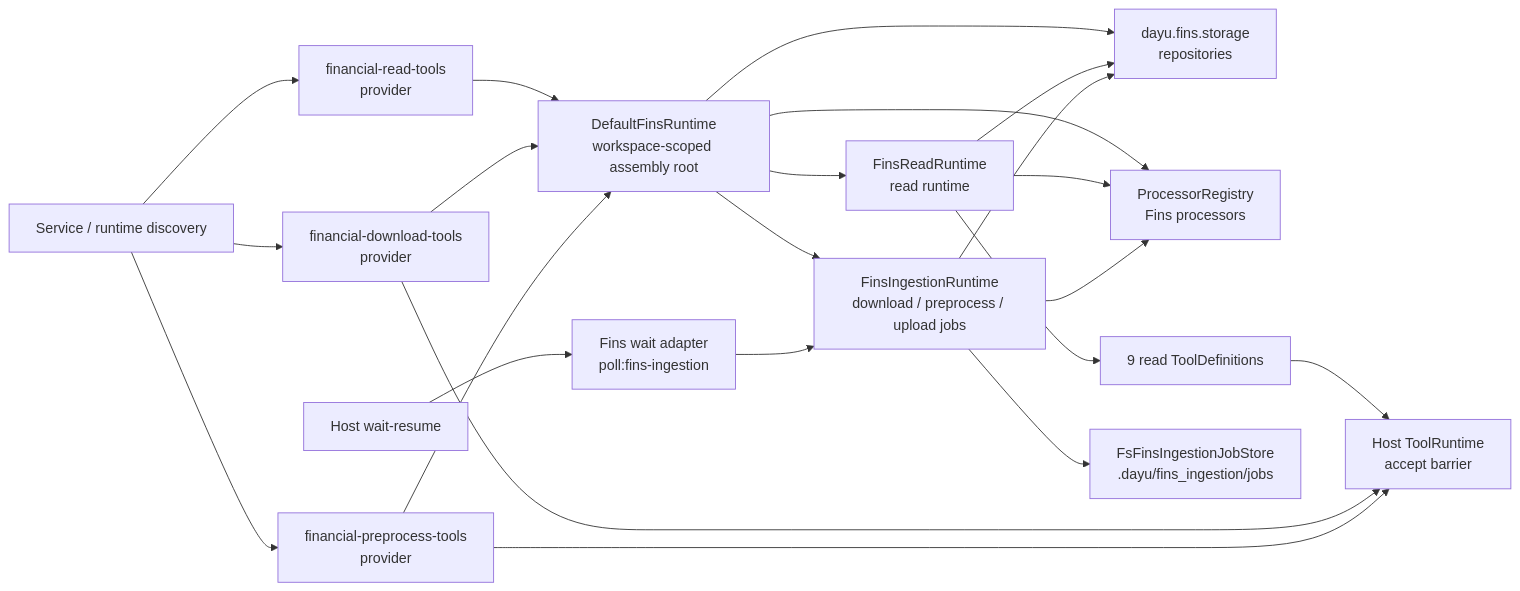
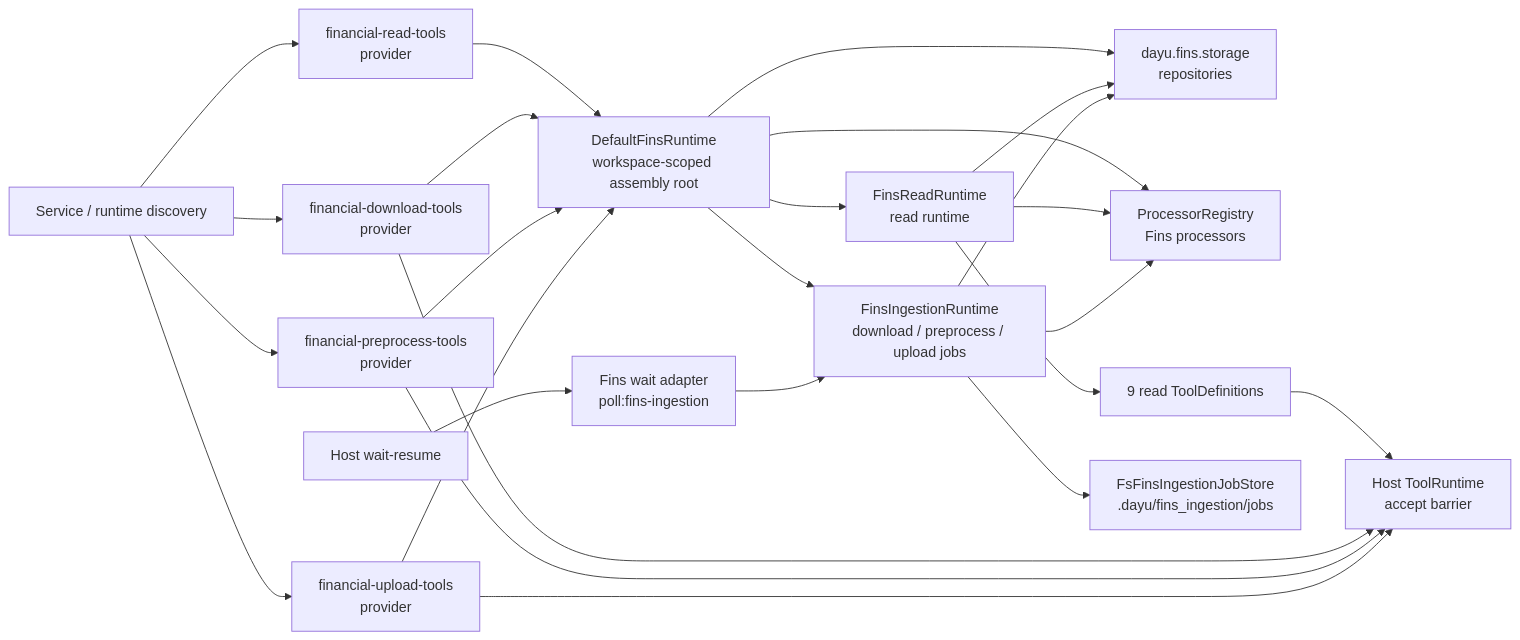
One commit to noho/dayu-agent-r changed the diagram in dayu/fins/README.md. Above: the diagram before and after it, drawn with Mermaid. The commit also changed other lines of this file, not shown here.

Commit message:
docs: align Fins README with upload provider

````diff
--- a/dayu/fins/README.md
+++ b/dayu/fins/README.md
@@ -282,39 +292,43 @@
 ```mermaid
 flowchart LR
     assembly["Service / runtime discovery"]
     read_provider["financial-read-tools\nprovider"]
     download_provider["financial-download-tools\nprovider"]
     preprocess_provider["financial-preprocess-tools\nprovider"]
+    upload_provider["financial-upload-tools\nprovider"]
     runtime["DefaultFinsRuntime\nworkspace-scoped assembly root"]
     storage["dayu.fins.storage\nrepositories"]
     registry["ProcessorRegistry\nFins processors"]
     read_service["FinsReadRuntime\nread runtime"]
     read_tools["9 read ToolDefinitions"]
     ingestion["FinsIngestionRuntime\ndownload / preprocess / upload jobs"]
     job_store["FsFinsIngestionJobStore\n.dayu/fins_ingestion/jobs"]
     wait_adapter["Fins wait adapter\npoll:fins-ingestion"]
     host_tool_runtime["Host ToolRuntime\naccept barrier"]
     host_wait["Host wait-resume"]
 
     assembly --> read_provider
     assembly --> download_provider
     assembly --> preprocess_provider
+    assembly --> upload_provider
     read_provider --> runtime
     download_provider --> runtime
     preprocess_provider --> runtime
+    upload_provider --> runtime
     runtime --> storage
     runtime --> registry
     runtime --> read_service
     runtime --> ingestion
     read_service --> storage
     read_service --> registry
     read_service --> read_tools
     ingestion --> storage
     ingestion --> registry
     ingestion --> job_store
     wait_adapter --> ingestion
     read_tools --> host_tool_runtime
     download_provider --> host_tool_runtime
     preprocess_provider --> host_tool_runtime
+    upload_provider --> host_tool_runtime
     host_wait --> wait_adapter
 ```
````
